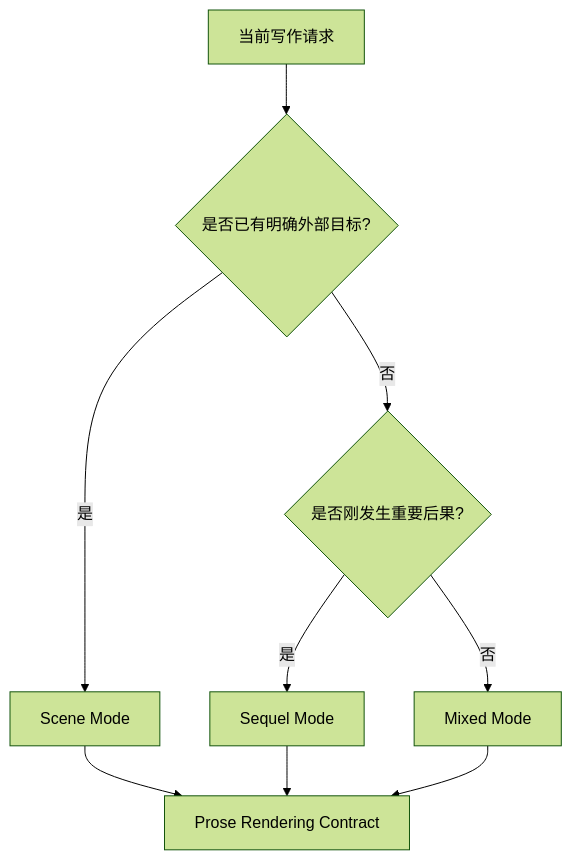
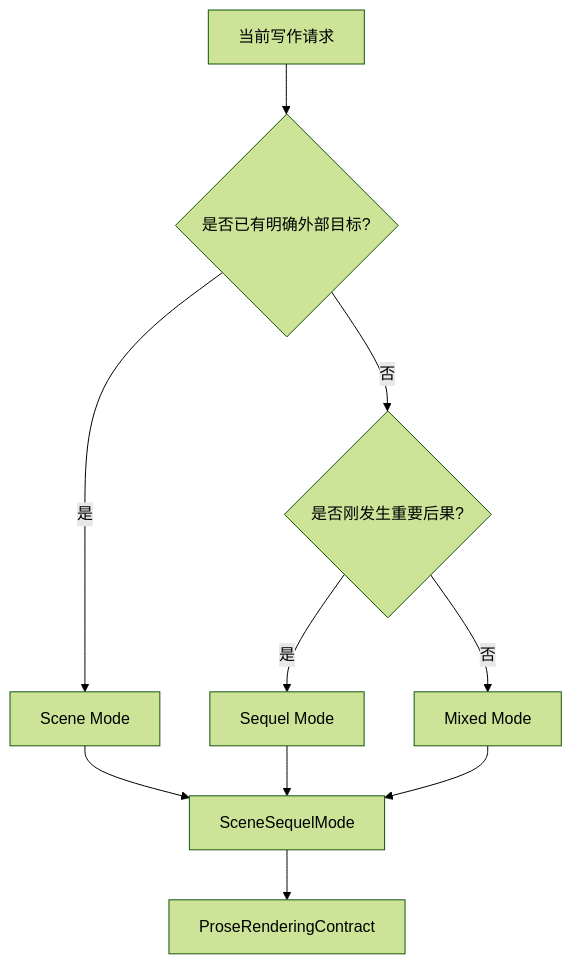
Before and after one commit to FrankQDWang/sextantlabs: the third of 4 diagrams in goals/32-scene-sequel-mode.md, drawn with Mermaid (forest theme). The commit also changed other lines of this file, not shown here.

Commit message:
Add SceneSequelMode object definition

````diff
--- a/goals/32-scene-sequel-mode.md
+++ b/goals/32-scene-sequel-mode.md
@@ -115,11 +140,12 @@
 ```mermaid
 flowchart TD
     A[当前写作请求] --> B{是否已有明确外部目标?}
     B -->|是| C[Scene Mode]
     B -->|否| D{是否刚发生重要后果?}
     D -->|是| E[Sequel Mode]
     D -->|否| F[Mixed Mode]
-    C --> G[Prose Rendering Contract]
+    C --> G[SceneSequelMode]
     E --> G
     F --> G
+    G --> H[ProseRenderingContract]
 ```
````
